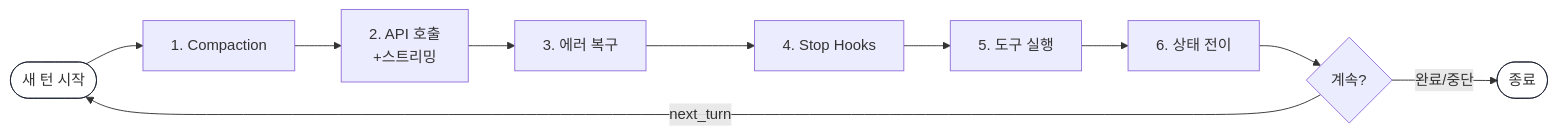
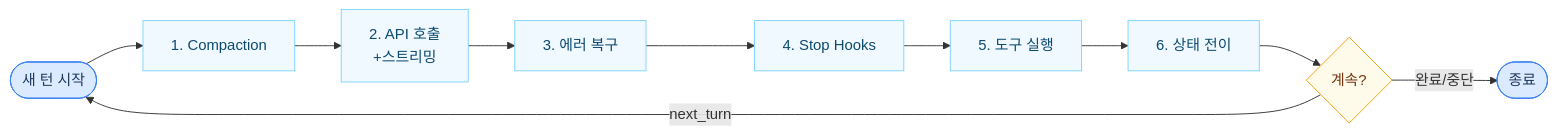
The first of 9 diagrams in _wiki/claude-code.md (currenjin/currenjin.github.io), drawn with Mermaid before and after one commit. The commit also changed other lines of this file and 1 other file, not shown here.

Commit message:
style: Apply color-coded classDef and smooth curves to all diagrams

````diff
--- a/_wiki/claude-code.md
+++ b/_wiki/claude-code.md
@@ -93,15 +93,16 @@
 ```mermaid
 flowchart LR
-    A([새 턴 시작]) --> B[1. Compaction]
-    B --> C[2. API 호출\n+스트리밍]
-    C --> D[3. 에러 복구]
-    D --> E[4. Stop Hooks]
-    E --> F[5. 도구 실행]
-    F --> G[6. 상태 전이]
-    G --> H{계속?}
+    classDef terminal fill:#DBEAFE,stroke:#3B82F6,color:#1e3a5f
+    classDef process fill:#F0F9FF,stroke:#7DD3FC,color:#0c4a6e
+    classDef decision fill:#FFFBEB,stroke:#F59E0B,color:#78350f
+
+    A([새 턴 시작]):::terminal --> B[1. Compaction]:::process
+    B --> C[2. API 호출\n+스트리밍]:::process
+    C --> D[3. 에러 복구]:::process
+    D --> E[4. Stop Hooks]:::process
+    E --> F[5. 도구 실행]:::process
+    F --> G[6. 상태 전이]:::process
+    G --> H{계속?}:::decision
     H -->|next_turn| A
-    H -->|완료/중단| Z([종료])
-
-    style A fill:transparent,stroke:#111827
-    style Z fill:transparent,stroke:#111827
+    H -->|완료/중단| Z([종료]):::terminal
 ```
````
